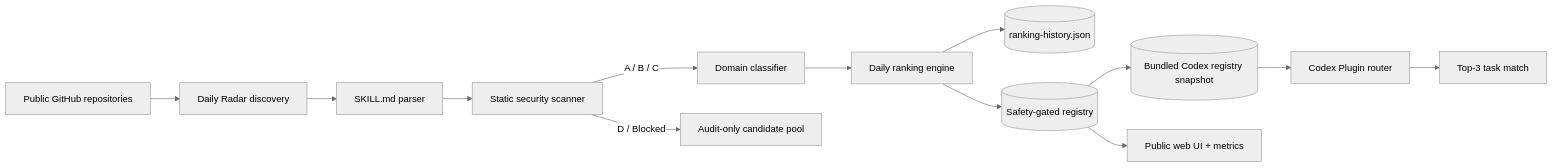
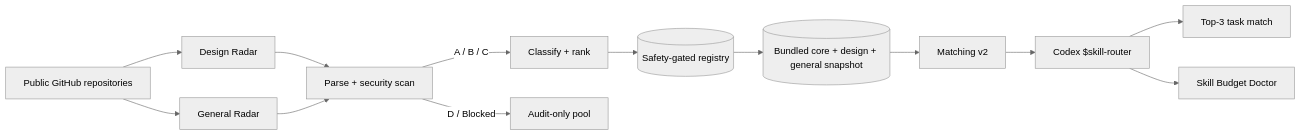
The diagram in README.md (changchangidea-oss/SkillRadar), drawn with Mermaid (neutral theme) before and after one commit. The commit also changed other lines of this file, not shown here.

Commit message:
docs(v0.4): document wider Radar, matching v2 and budget doctor

````diff
--- a/README.md
+++ b/README.md
@@ -98,15 +127,15 @@
 ```mermaid
 flowchart LR
-  GH[Public GitHub repositories] --> D[Daily Radar discovery]
-  D --> P[SKILL.md parser]
-  P --> S[Static security scanner]
-  S -->|A / B / C| C[Domain classifier]
-  S -->|D / Blocked| A[Audit-only candidate pool]
-  C --> R[Daily ranking engine]
-  R --> H[(ranking-history.json)]
+  GH[Public GitHub repositories] --> DR[Design Radar]
+  GH --> GR[General Radar]
+  DR --> S[Parse + security scan]
+  GR --> S
+  S -->|A / B / C| R[Classify + rank]
+  S -->|D / Blocked| A[Audit-only pool]
   R --> REG[(Safety-gated registry)]
-  REG --> SNAP[(Bundled Codex registry snapshot)]
-  REG --> WEB[Public web UI + metrics]
-  SNAP --> CODEX[Codex Plugin router]
+  REG --> SNAP[(Bundled core + design + general snapshot)]
+  SNAP --> M[Matching v2]
+  M --> CODEX[Codex $skill-router]
   CODEX --> T[Top-3 task match]
+  CODEX --> B[Skill Budget Doctor]
 ```
````
